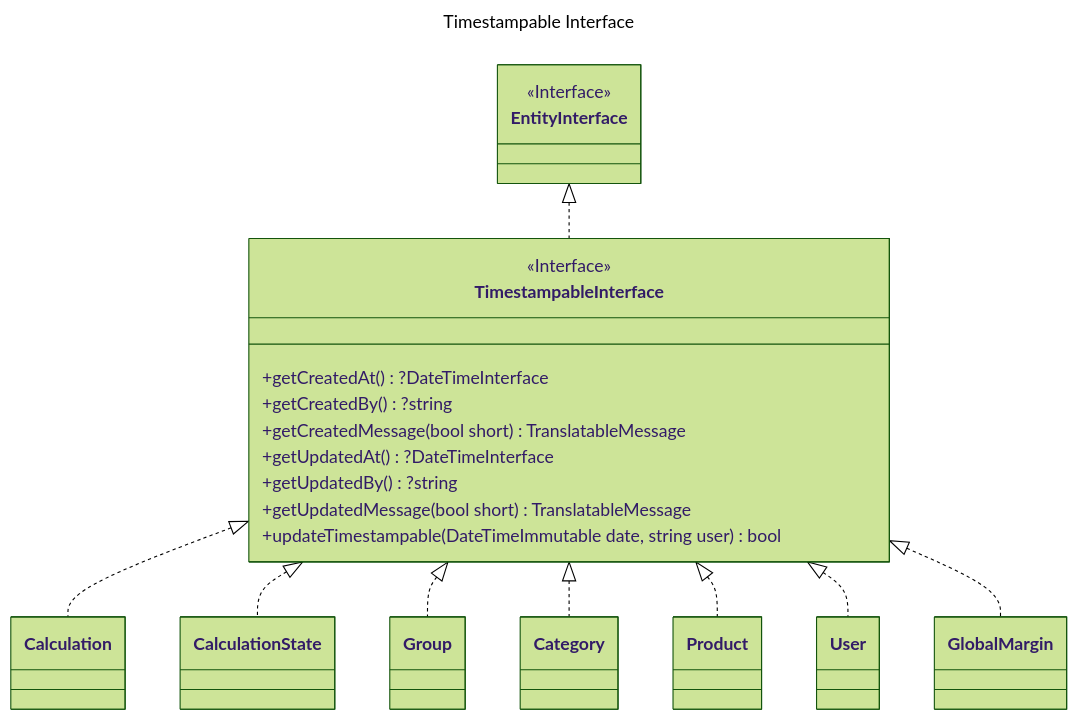
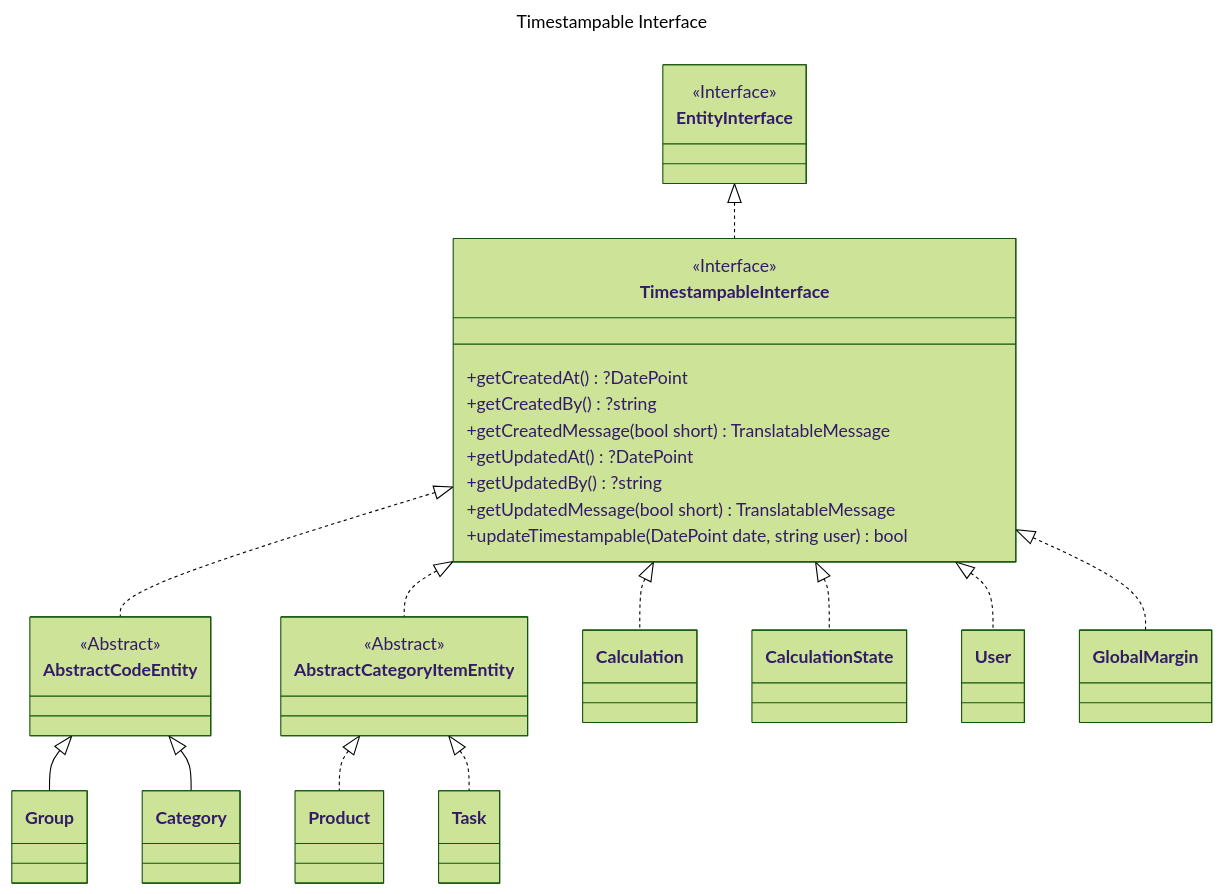
One commit to laurentmuller/calculation changed the diagram in resources/diagrams/timestampable_interface.mmd. Above: the diagram before and after it, drawn with Mermaid (forest theme). The commit also changed 22 other files, not shown here.

```diff
--- a/resources/diagrams/timestampable_interface.mmd
+++ b/resources/diagrams/timestampable_interface.mmd
@@ -1,39 +1,51 @@
 ---
 title: Timestampable Interface
 ---
 
 classDiagram
-    direction TB
-
     class EntityInterface {
         <<Interface>>
     }
 
+    class AbstractCodeEntity {
+        <<Abstract>>
+    }
+
+    class AbstractCategoryItemEntity {
+        <<Abstract>>
+    }
+
     class TimestampableInterface {
         <<Interface>>
-        +getCreatedAt() ?DateTimeInterface
+        +getCreatedAt() ?DatePoint
         +getCreatedBy() ?string
         +getCreatedMessage(bool short) TranslatableMessage
-        +getUpdatedAt() ?DateTimeInterface
+        +getUpdatedAt() ?DatePoint
         +getUpdatedBy() ?string
         +getUpdatedMessage(bool short) TranslatableMessage
-        +updateTimestampable(DateTimeImmutable date, string user) bool
+        +updateTimestampable(DatePoint date, string user) bool
     }
 
     EntityInterface <|.. TimestampableInterface
     TimestampableInterface <|.. Calculation
     TimestampableInterface <|.. CalculationState
-    TimestampableInterface <|.. Group
-    TimestampableInterface <|.. Category
-    TimestampableInterface <|.. Product
+    TimestampableInterface <|.. AbstractCodeEntity
+    AbstractCodeEntity <|-- Group
+    AbstractCodeEntity <|-- Category
+    TimestampableInterface <|.. AbstractCategoryItemEntity
+    AbstractCategoryItemEntity <|.. Product
+    AbstractCategoryItemEntity <|.. Task
     TimestampableInterface <|.. User
     TimestampableInterface <|.. GlobalMargin
 
     click EntityInterface call nodeCallback()
     click Calculation call nodeCallback()
     click CalculationState call nodeCallback()
+    click AbstractCodeEntity call nodeCallback()
     click Group call nodeCallback()
     click Category call nodeCallback()
+    click AbstractCategoryItemEntity call nodeCallback()
     click Product call nodeCallback()
+    click Task call nodeCallback()
     click User call nodeCallback()
     click GlobalMargin call nodeCallback()
```
